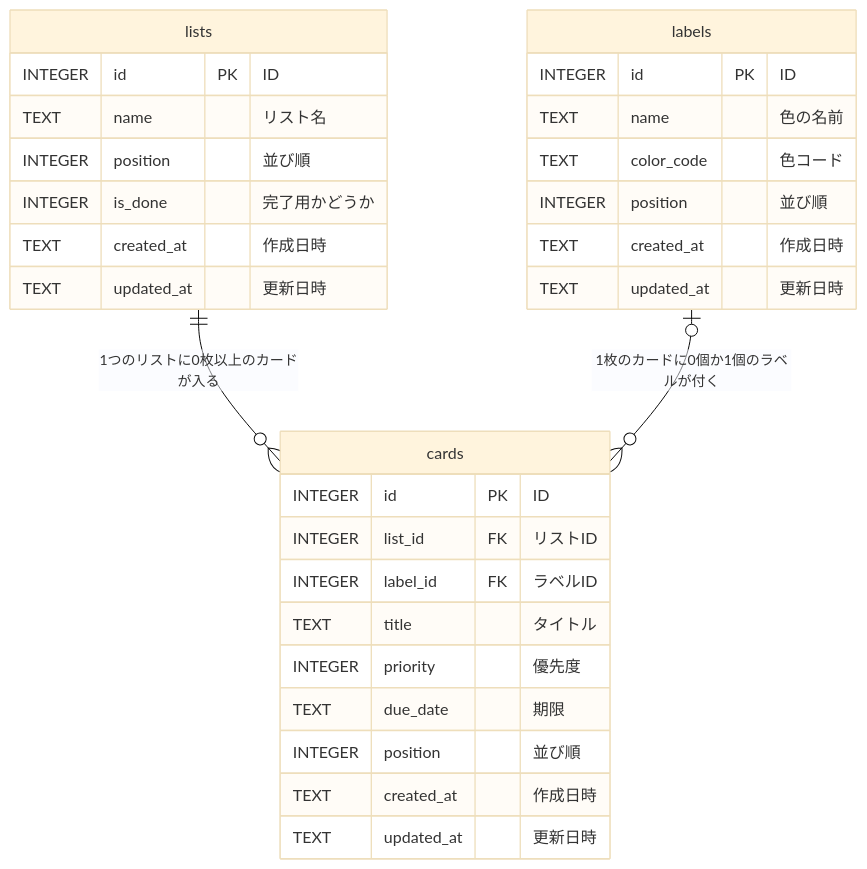
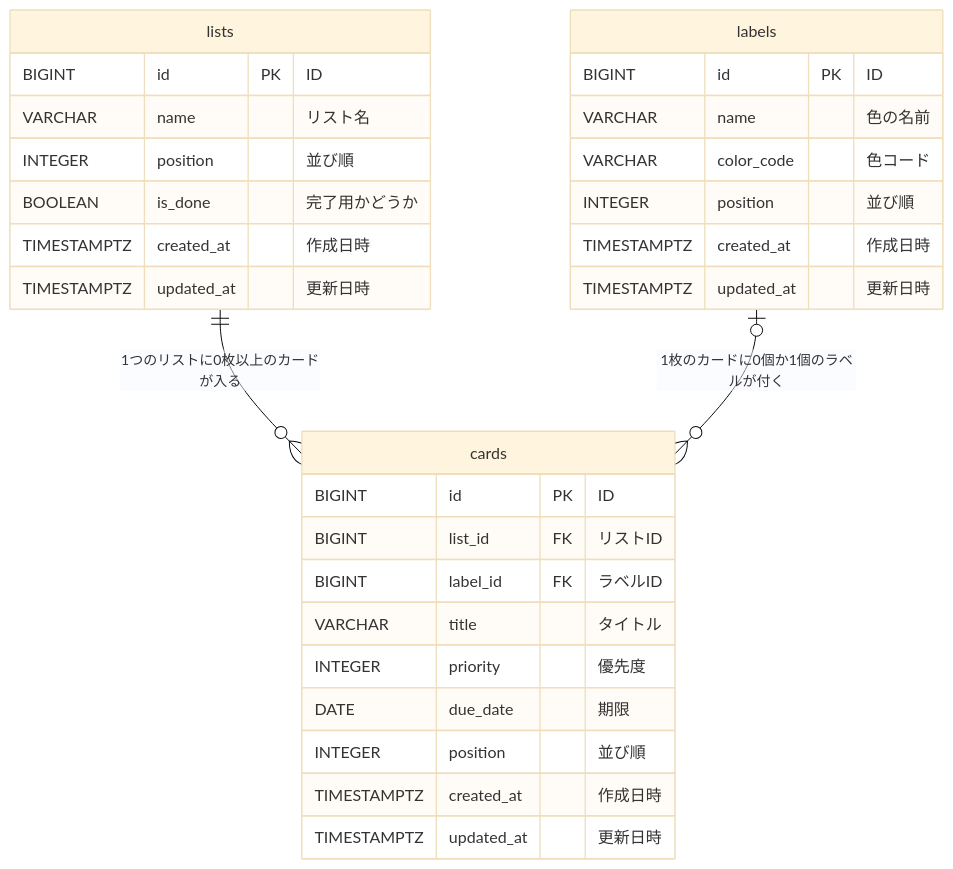
The diagram in docs/er-diagram.md (JunUemura86/Taskmanagement), drawn with Mermaid (base theme) before and after one commit. The commit also changed other lines of this file, not shown here.

Commit message:
ER図 v1.2：図の型を PostgreSQL のものに変更

````diff
--- a/docs/er-diagram.md
+++ b/docs/er-diagram.md
@@ -40,35 +41,35 @@
 ```mermaid
 erDiagram
     lists ||--o{ cards : "1つのリストに0枚以上のカードが入る"
     labels |o--o{ cards : "1枚のカードに0個か1個のラベルが付く"
 
     lists {
-        INTEGER id PK "ID"
-        TEXT name "リスト名"
+        BIGINT id PK "ID"
+        VARCHAR name "リスト名"
         INTEGER position "並び順"
-        INTEGER is_done "完了用かどうか"
-        TEXT created_at "作成日時"
-        TEXT updated_at "更新日時"
+        BOOLEAN is_done "完了用かどうか"
+        TIMESTAMPTZ created_at "作成日時"
+        TIMESTAMPTZ updated_at "更新日時"
     }
 
     cards {
-        INTEGER id PK "ID"
-        INTEGER list_id FK "リストID"
-        INTEGER label_id FK "ラベルID"
-        TEXT title "タイトル"
+        BIGINT id PK "ID"
+        BIGINT list_id FK "リストID"
+        BIGINT label_id FK "ラベルID"
+        VARCHAR title "タイトル"
         INTEGER priority "優先度"
-        TEXT due_date "期限"
+        DATE due_date "期限"
         INTEGER position "並び順"
-        TEXT created_at "作成日時"
-        TEXT updated_at "更新日時"
+        TIMESTAMPTZ created_at "作成日時"
+        TIMESTAMPTZ updated_at "更新日時"
     }
 
     labels {
-        INTEGER id PK "ID"
-        TEXT name "色の名前"
-        TEXT color_code "色コード"
+        BIGINT id PK "ID"
+        VARCHAR name "色の名前"
+        VARCHAR color_code "色コード"
         INTEGER position "並び順"
-        TEXT created_at "作成日時"
-        TEXT updated_at "更新日時"
+        TIMESTAMPTZ created_at "作成日時"
+        TIMESTAMPTZ updated_at "更新日時"
     }
 ```
````
